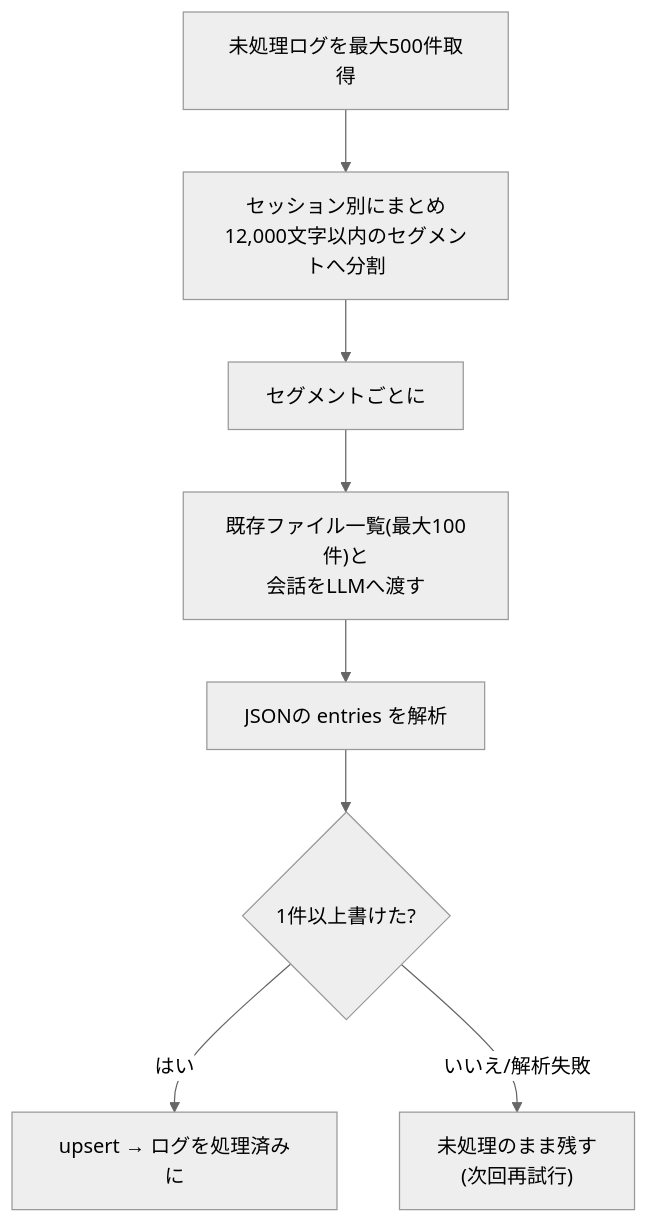
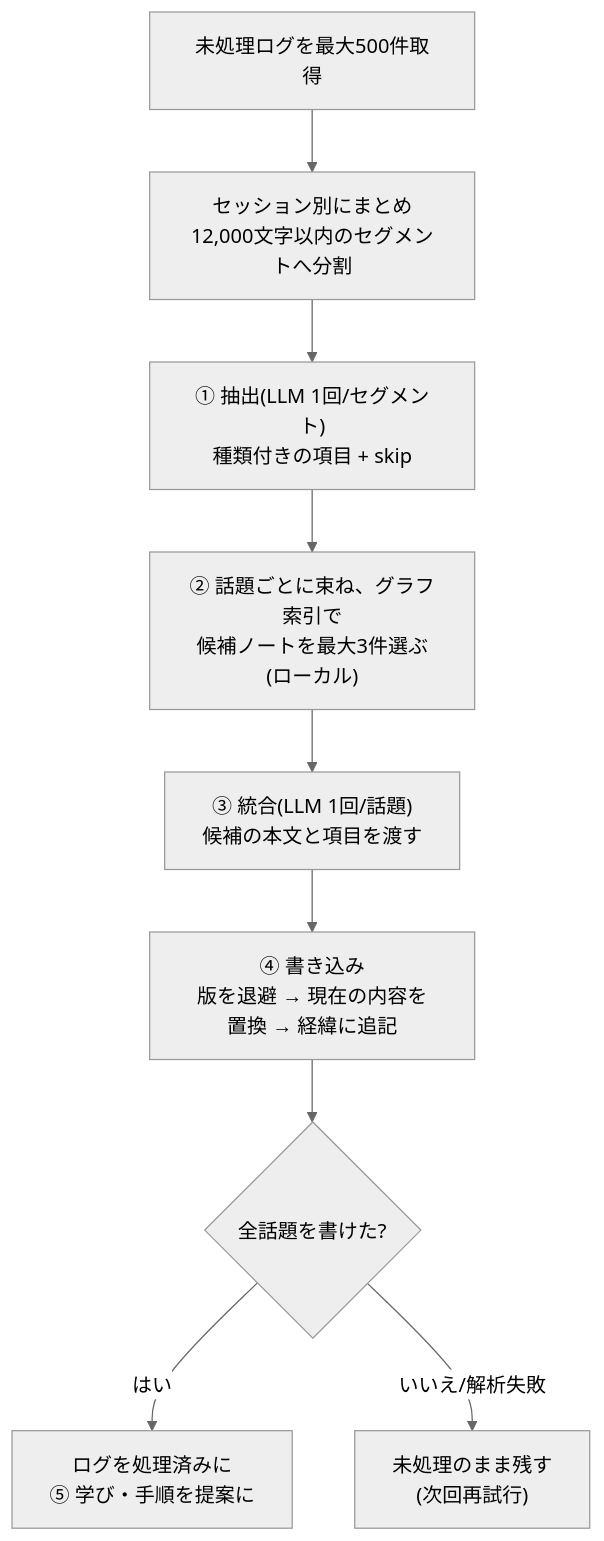
One commit to long-in/MyAssistant changed the second of 2 diagrams in docs/knowledge.md. Above: the diagram before and after it, drawn with Mermaid (neutral theme). The commit also changed other lines of this file and 8 other files, not shown here.

````diff
--- a/docs/knowledge.md
+++ b/docs/knowledge.md
@@ -87,10 +109,11 @@
 ```mermaid
 flowchart TD
   A["未処理ログを最大500件取得"] --> B["セッション別にまとめ<br/>12,000文字以内のセグメントへ分割"]
-  B --> C["セグメントごとに"]
-  C --> D["既存ファイル一覧(最大100件)と<br/>会話をLLMへ渡す"]
-  D --> E["JSONの entries を解析"]
-  E --> F{"1件以上書けた?"}
-  F -- はい --> G["upsert → ログを処理済みに"]
-  F -- いいえ/解析失敗 --> H["未処理のまま残す<br/>(次回再試行)"]
+  B --> C["① 抽出(LLM 1回/セグメント)<br/>種類付きの項目 + skip"]
+  C --> D["② 話題ごとに束ね、グラフ索引で<br/>候補ノートを最大3件選ぶ(ローカル)"]
+  D --> E["③ 統合(LLM 1回/話題)<br/>候補の本文と項目を渡す"]
+  E --> F["④ 書き込み<br/>版を退避 → 現在の内容を置換 → 経緯に追記"]
+  F --> G{"全話題を書けた?"}
+  G -- はい --> H["ログを処理済みに<br/>⑤ 学び・手順を提案に"]
+  G -- いいえ/解析失敗 --> I["未処理のまま残す<br/>(次回再試行)"]
 ```
````
